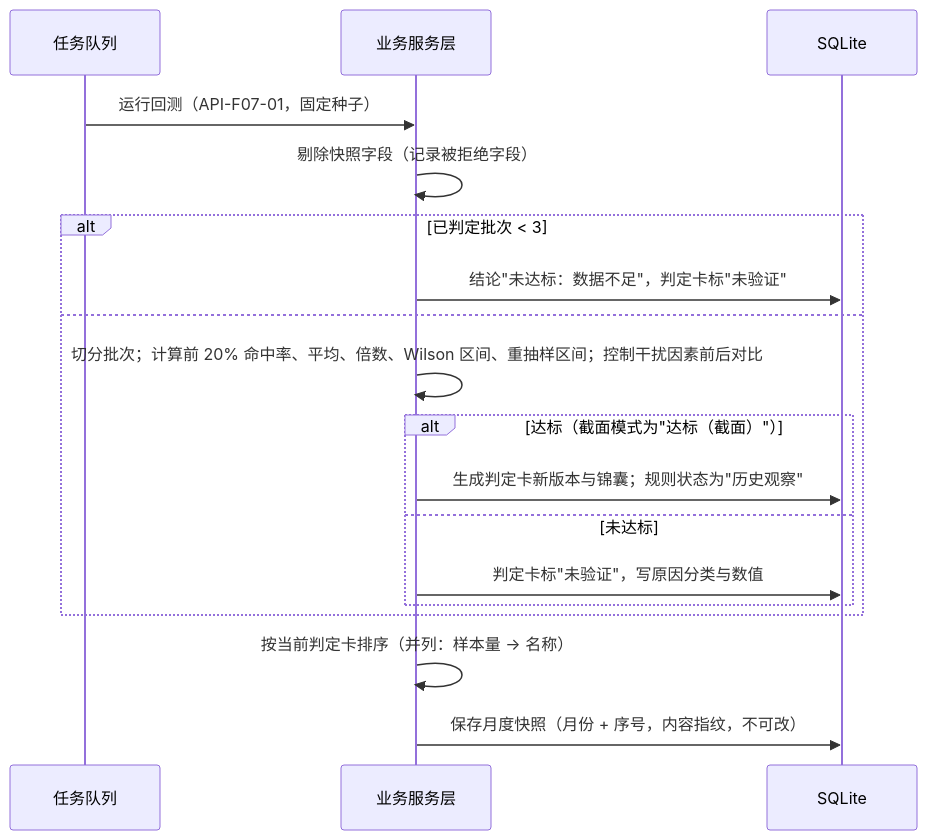
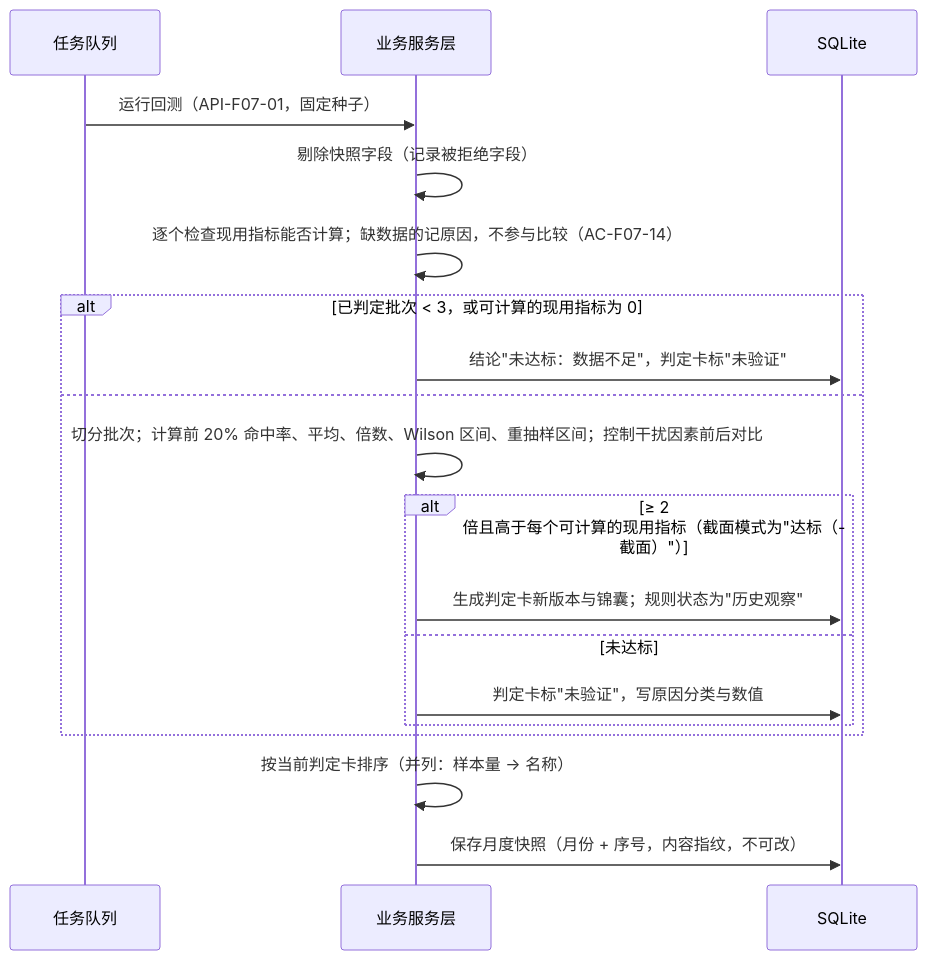
One commit to staring9811-prog/wxb981111-163.com changed the third of 6 diagrams in opportunity-research/output/技术方案.md. Above: the diagram before and after it, drawn with Mermaid. The commit also changed other lines of this file and 28 other files, not shown here.

````diff
--- a/opportunity-research/output/技术方案.md
+++ b/opportunity-research/output/技术方案.md
@@ -251,20 +251,21 @@
 ```mermaid
 sequenceDiagram
     participant Job as 任务队列
     participant Core as 业务服务层
     participant DB as SQLite
     Job->>Core: 运行回测（API-F07-01，固定种子）
     Core->>Core: 剔除快照字段（记录被拒绝字段）
-    alt 已判定批次 < 3
+    Core->>Core: 逐个检查现用指标能否计算；缺数据的记原因，不参与比较（AC-F07-14）
+    alt 已判定批次 < 3，或可计算的现用指标为 0
         Core->>DB: 结论"未达标：数据不足"，判定卡标"未验证"
     else
         Core->>Core: 切分批次；计算前 20% 命中率、平均、倍数、Wilson 区间、重抽样区间；控制干扰因素前后对比
-        alt 达标（截面模式为"达标（截面）"）
+        alt ≥ 2 倍且高于每个可计算的现用指标（截面模式为"达标（截面）"）
             Core->>DB: 生成判定卡新版本与锦囊；规则状态为"历史观察"
         else 未达标
             Core->>DB: 判定卡标"未验证"，写原因分类与数值
         end
     end
     Core->>Core: 按当前判定卡排序（并列：样本量 → 名称）
     Core->>DB: 保存月度快照（月份 + 序号，内容指纹，不可改）
 ```
````
